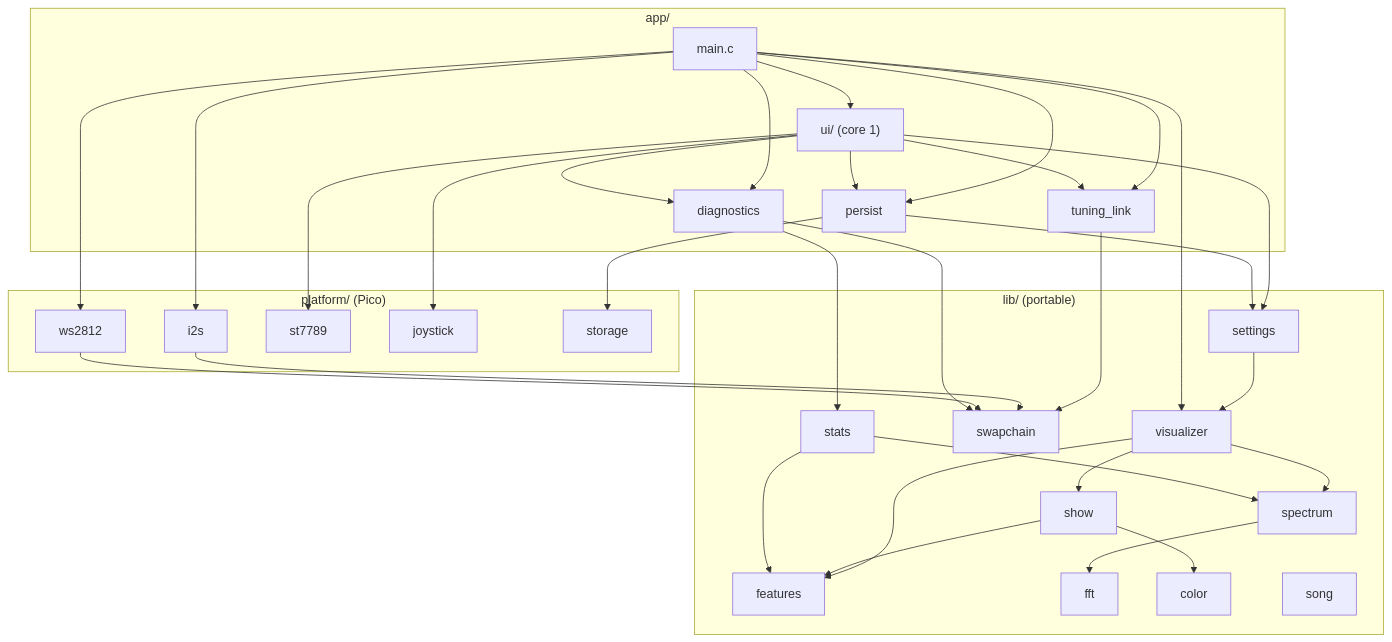
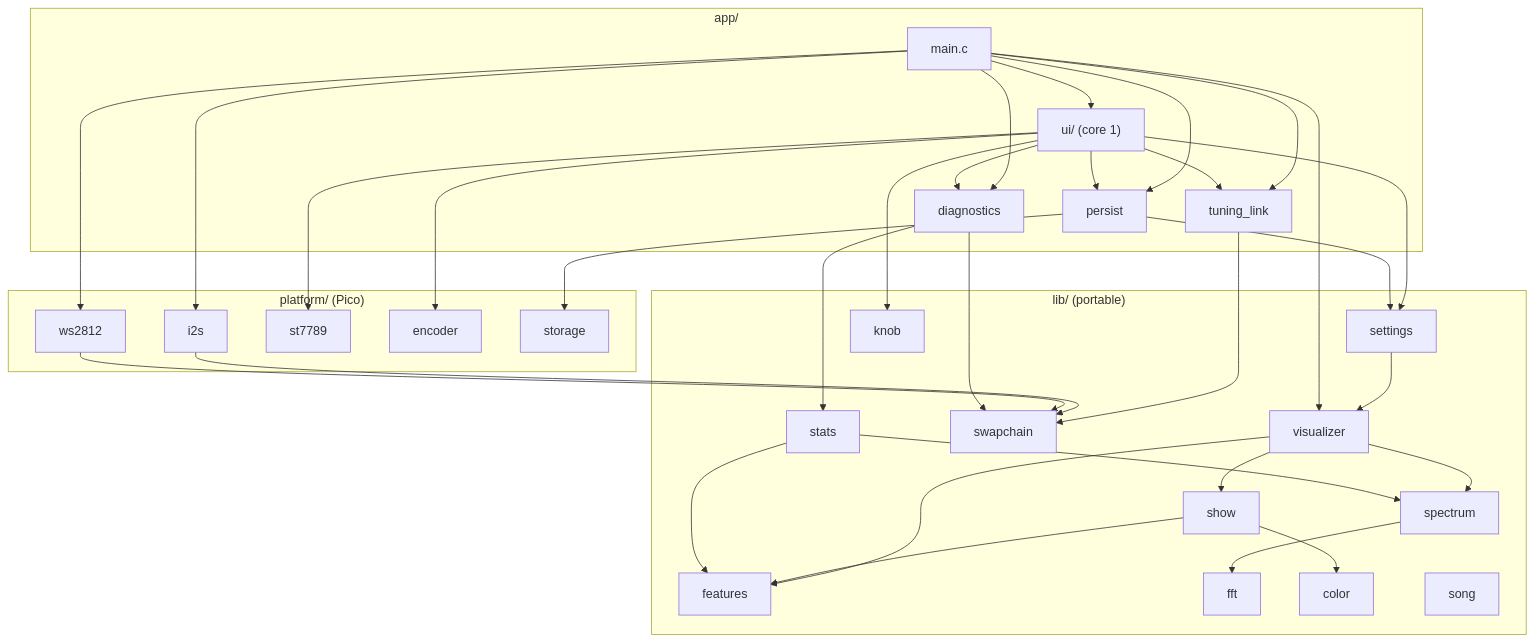
Before and after one commit to whyisitworking/light-painting: the second of 2 diagrams in README.md, drawn with Mermaid. The commit also changed other lines of this file and 19 other files, not shown here.

````diff
--- a/README.md
+++ b/README.md
@@ -299,33 +303,34 @@
 ```mermaid
 flowchart TB
     subgraph app ["app/"]
         main["main.c"]
         ui["ui/ (core 1)"]
         link["tuning_link"]
         persist
         diagnostics
     end
     subgraph platform ["platform/ (Pico)"]
         i2s
         ws2812
         st7789
-        joystick
+        encoder
         storage
     end
     subgraph lib ["lib/ (portable)"]
         settings --> visualizer
         visualizer --> spectrum & features & show
         spectrum --> fft
         show --> features & color
         song
         swapchain
         stats
+        knob
     end
     main --> i2s & ws2812 & visualizer & link & persist & ui & diagnostics
-    ui --> st7789 & joystick & settings & link & persist & diagnostics
+    ui --> st7789 & encoder & knob & settings & link & persist & diagnostics
     persist --> storage & settings
     link --> swapchain
     i2s & ws2812 --> swapchain
     diagnostics --> stats & swapchain
     stats --> spectrum & features
 ```
````
